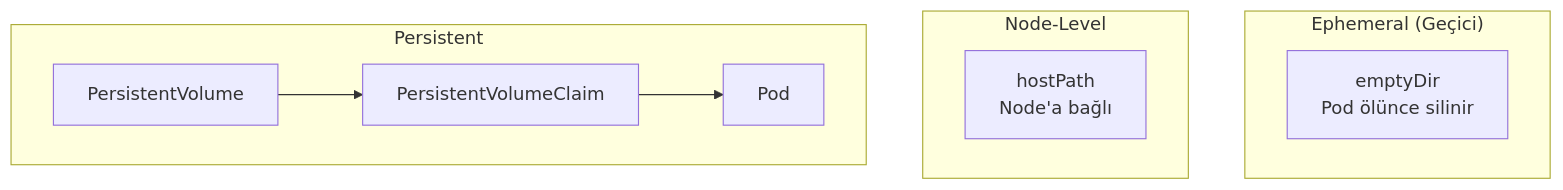
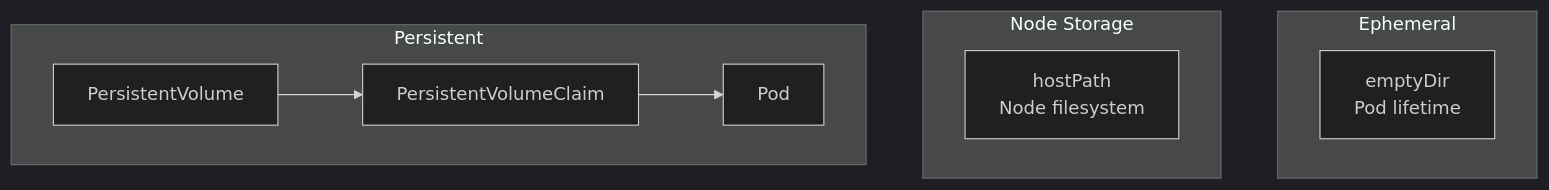
Before and after one commit to uzunenes/CKAD: the diagram in labs/lab-06-volumes.md, drawn with Mermaid. The commit also changed other lines of this file and 15 other files, not shown here.

Commit message:
🌍 Complete English translation - All 17 labs translated with dark mermaid themes

````diff
--- a/labs/lab-06-volumes.md
+++ b/labs/lab-06-volumes.md
@@ -13,15 +13,16 @@
 ```mermaid
+%%{init: {'theme': 'dark'}}%%
 graph TB
-    subgraph "Ephemeral (Geçici)"
-        ED[emptyDir<br/>Pod ölünce silinir]
+    subgraph "Ephemeral"
+        ED[emptyDir<br/>Pod lifetime]
     end
     
-    subgraph "Node-Level"
-        HP[hostPath<br/>Node'a bağlı]
+    subgraph "Node Storage"
+        HP[hostPath<br/>Node filesystem]
     end
     
     subgraph "Persistent"
         PV[PersistentVolume] --> PVC[PersistentVolumeClaim]
         PVC --> POD[Pod]
     end
 ```
````
